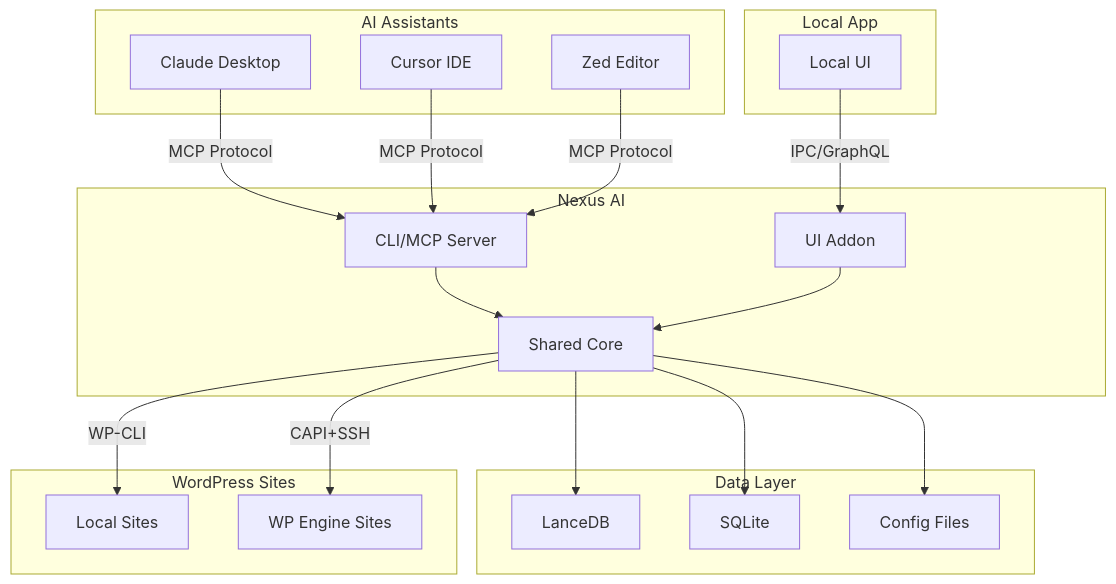
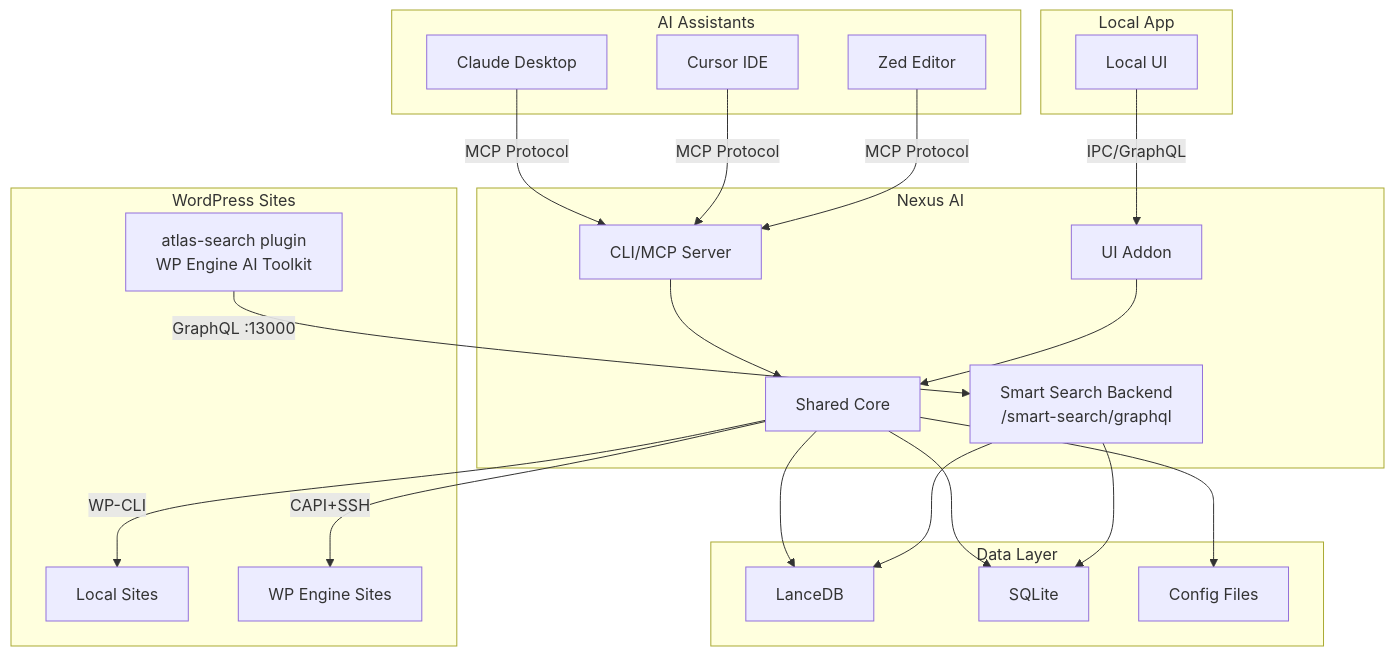
One commit to jpollock/local-addon-nexus-ai changed the first of 6 diagrams in docs-site/docs/architecture/overview.md. Above: the diagram before and after it, drawn with Mermaid. The commit also changed 2 other files, not shown here.

Commit message:
docs(arch): Smart Search architecture diagrams + overview update
New page: docs-site/docs/architecture/smart-search.md — 6 Mermaid diagrams:
- System overview: where Smart Search sits in Nexus architecture
- Search request flow (sequence): WP → MU filter → HTTP → ONNX → LanceDB → back
- Content indexing flow (sequence): Sync button → bulkIndex → embed → upsert
- Auto-setup flow (flowchart): AI configured? → install? → MU plugin → ready
- MU plugin intercept (sequence): how the WordPress option filter works
- Data architecture (ER diagram): LanceDB schema + 3 SQLite tables
- Capability coverage: Full / Partial / Stubbed breakdown

Also: updated architecture/overview.md high-level diagram to include
Smart Search Backend and atlas-search plugin as first-class components.

````diff
--- a/docs-site/docs/architecture/overview.md
+++ b/docs-site/docs/architecture/overview.md
@@ -13,41 +13,46 @@
 ```mermaid
 graph TB
     subgraph "AI Assistants"
         A1[Claude Desktop]
         A2[Cursor IDE]
         A3[Zed Editor]
     end
 
     subgraph "Local App"
         U1[Local UI]
     end
 
     subgraph "Nexus AI"
         B[CLI/MCP Server]
         C[UI Addon]
         D[Shared Core]
+        SS["Smart Search Backend\n/smart-search/graphql"]
     end
 
     subgraph "Data Layer"
         E[LanceDB]
         F[SQLite]
         G[Config Files]
     end
 
     subgraph "WordPress Sites"
         H[Local Sites]
         I[WP Engine Sites]
+        J["atlas-search plugin\nWP Engine AI Toolkit"]
     end
 
     A1 -->|MCP Protocol| B
     A2 -->|MCP Protocol| B
     A3 -->|MCP Protocol| B
     U1 -->|IPC/GraphQL| C
     B --> D
     C --> D
     D --> E
     D --> F
     D --> G
     D -->|WP-CLI| H
     D -->|CAPI+SSH| I
+    J -->|"GraphQL :13000"| SS
+    SS --> E
+    SS --> F
 ```
````
